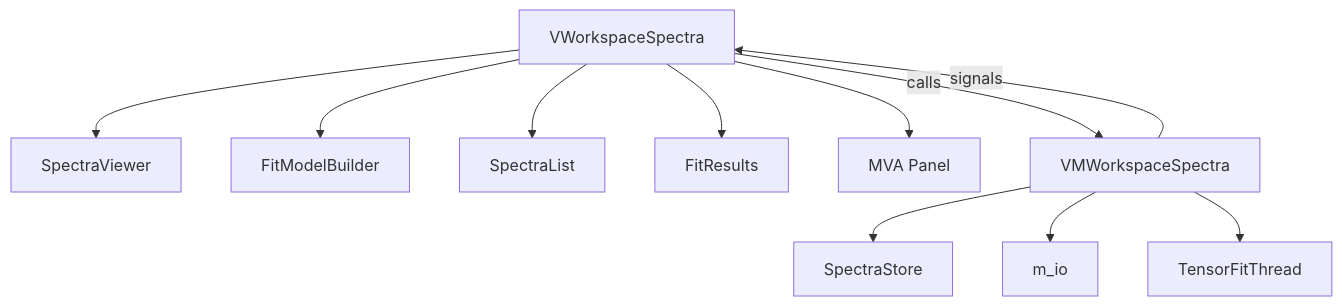
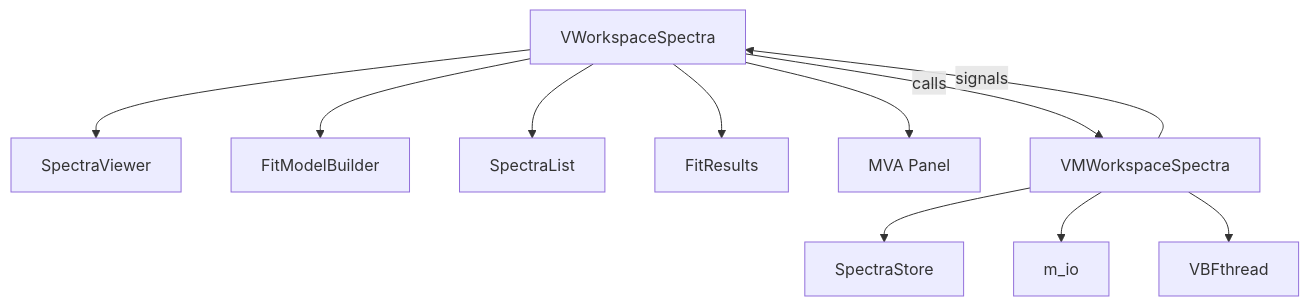
The first of 2 diagrams in docs/developer/spectra.md (CEA-MetroCarac/SPECTROview), drawn with Mermaid before and after one commit. The commit also changed other lines of this file and 20 other files, not shown here.

````diff
--- a/docs/developer/spectra.md
+++ b/docs/developer/spectra.md
@@ -9,15 +9,15 @@
 ```mermaid
 graph TD
     VWS["VWorkspaceSpectra"] --> SV["SpectraViewer"]
     VWS --> FMB["FitModelBuilder"]
     VWS --> SL["SpectraList"]
     VWS --> FR["FitResults"]
     VWS --> MVA["MVA Panel"]
 
     VWS -->|"calls"| VMWS["VMWorkspaceSpectra"]
     VMWS -->|"signals"| VWS
 
     VMWS --> MSS["SpectraStore"]
     VMWS --> IO["m_io"]
-    VMWS --> TFT["TensorFitThread"]
+    VMWS --> TFT["VBFthread"]
 ```
````
